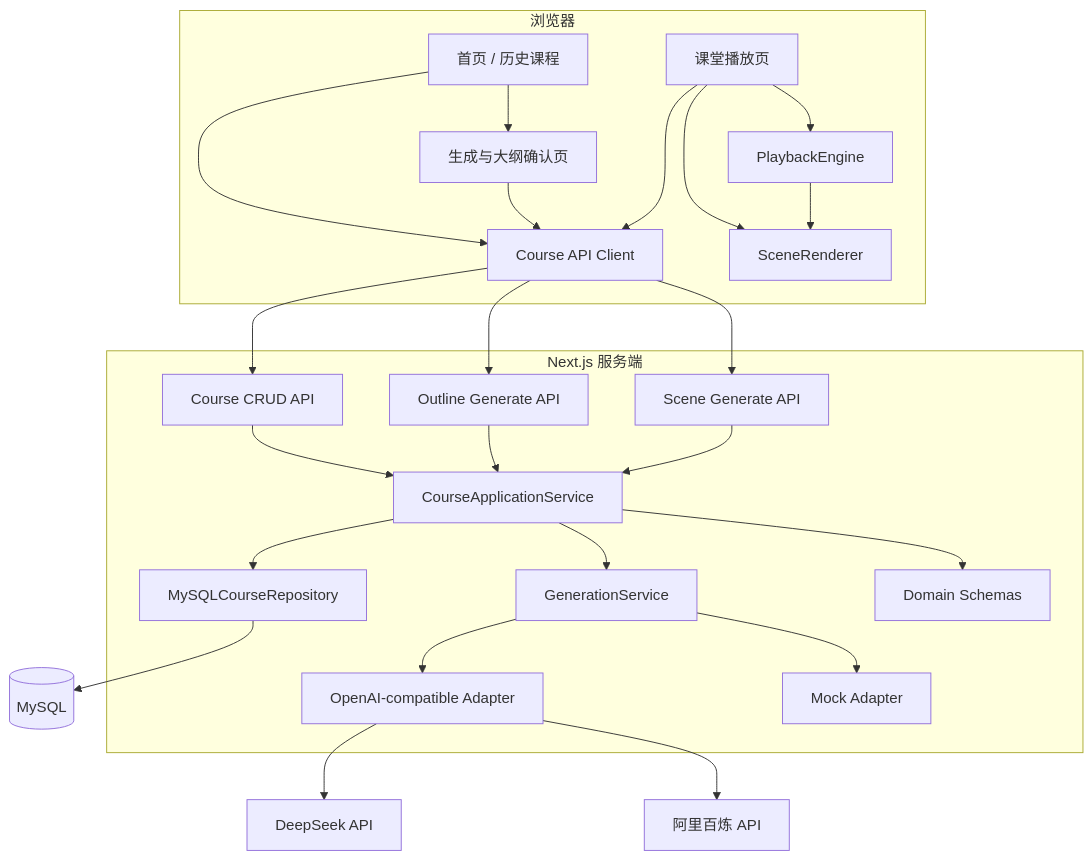
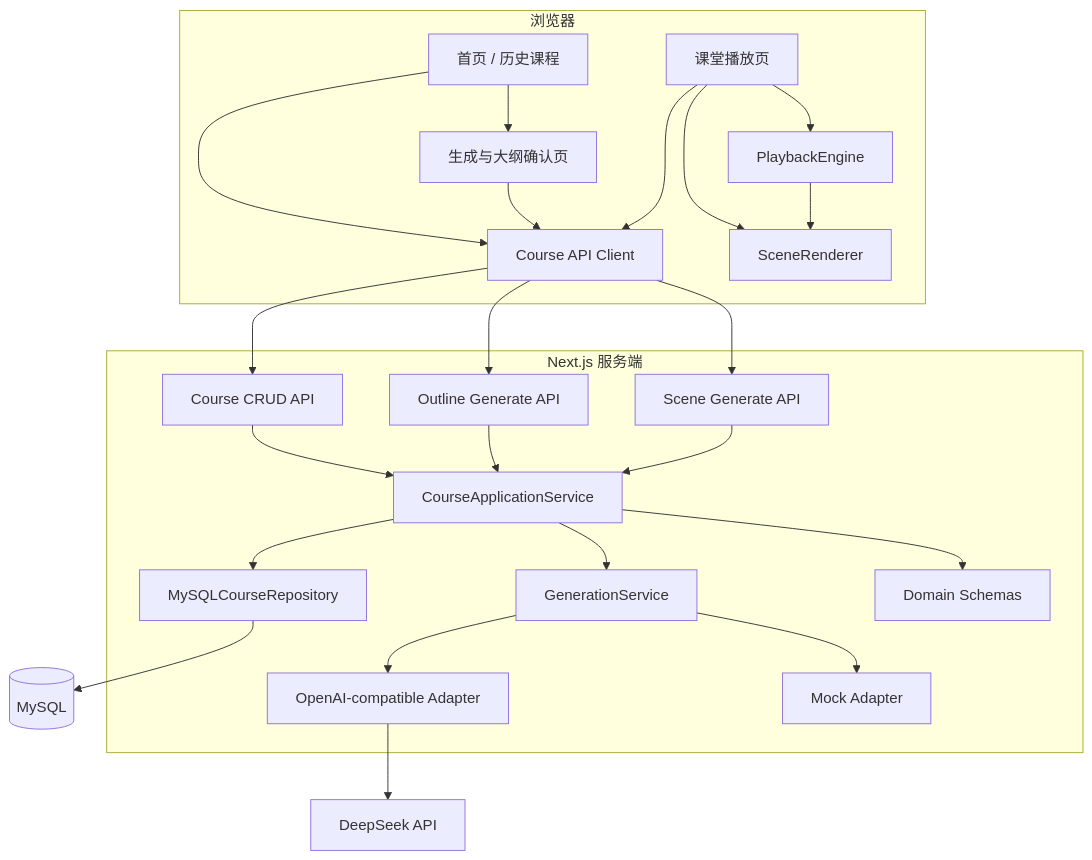
Before and after one commit to shuige666666/ai-teaching-assistance-platform: the first of 4 diagrams in docs/03-architecture.md, drawn with Mermaid. The commit also changed other lines of this file and 12 other files, not shown here.

````diff
--- a/docs/03-architecture.md
+++ b/docs/03-architecture.md
@@ -158,50 +182,48 @@
 ```mermaid
 flowchart TB
     subgraph Browser["浏览器"]
       Home["首页 / 历史课程"]
       Generation["生成与大纲确认页"]
       Classroom["课堂播放页"]
       Renderer["SceneRenderer"]
       Player["PlaybackEngine"]
       Client["Course API Client"]
     end
 
     subgraph NextServer["Next.js 服务端"]
       CourseAPI["Course CRUD API"]
       OutlineAPI["Outline Generate API"]
       SceneAPI["Scene Generate API"]
       Service["CourseApplicationService"]
       GenService["GenerationService"]
       Repo["MySQLCourseRepository"]
       Schema["Domain Schemas"]
       Adapter["OpenAI-compatible Adapter"]
       Mock["Mock Adapter"]
     end
 
     DB[("MySQL")]
     DeepSeek["DeepSeek API"]
-    Bailian["阿里百炼 API"]
 
     Home --> Client
     Home --> Generation
     Generation --> Client
     Client --> CourseAPI
     Client --> OutlineAPI
     Client --> SceneAPI
     Classroom --> Client
     Classroom --> Renderer
     Classroom --> Player
     Player --> Renderer
 
     CourseAPI --> Service
     OutlineAPI --> Service
     SceneAPI --> Service
     Service --> Repo
     Service --> GenService
     Service --> Schema
     Repo --> DB
     GenService --> Adapter
     GenService --> Mock
     Adapter --> DeepSeek
-    Adapter --> Bailian
 ```
````
